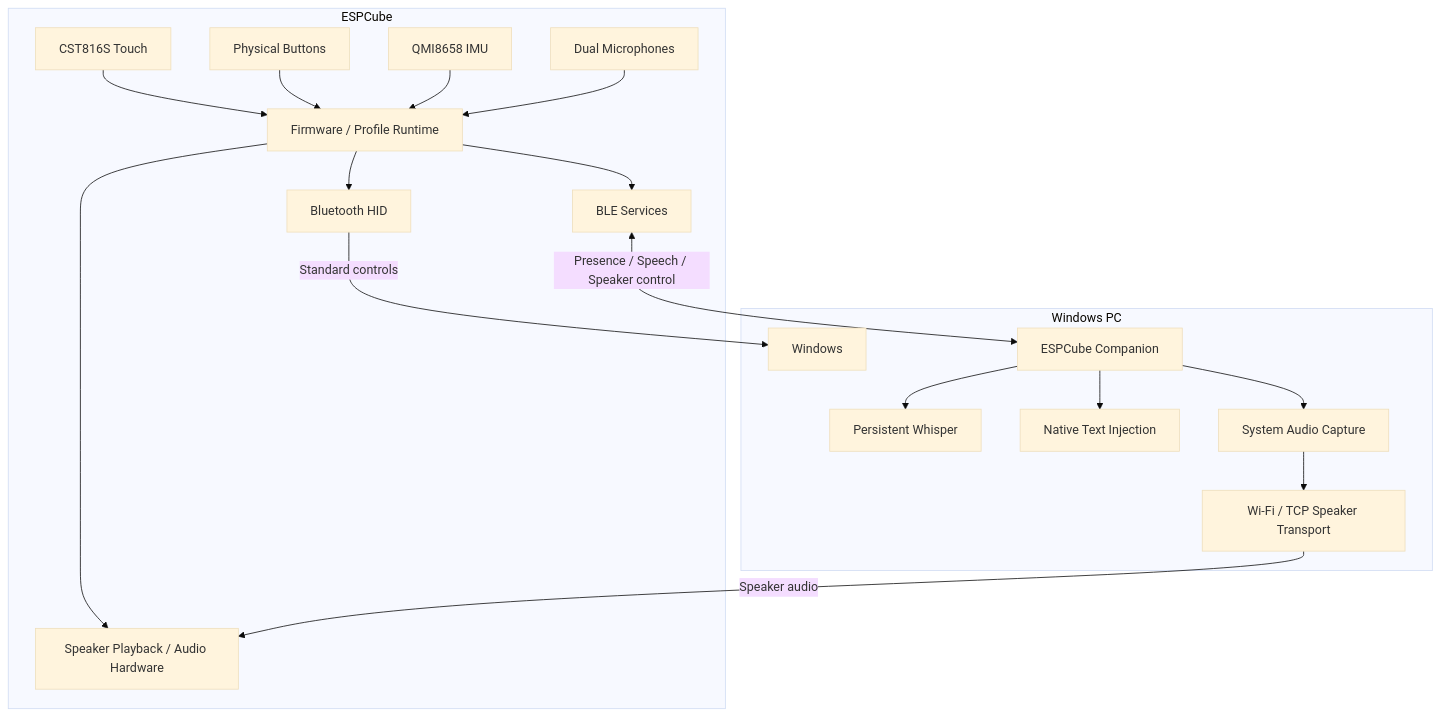
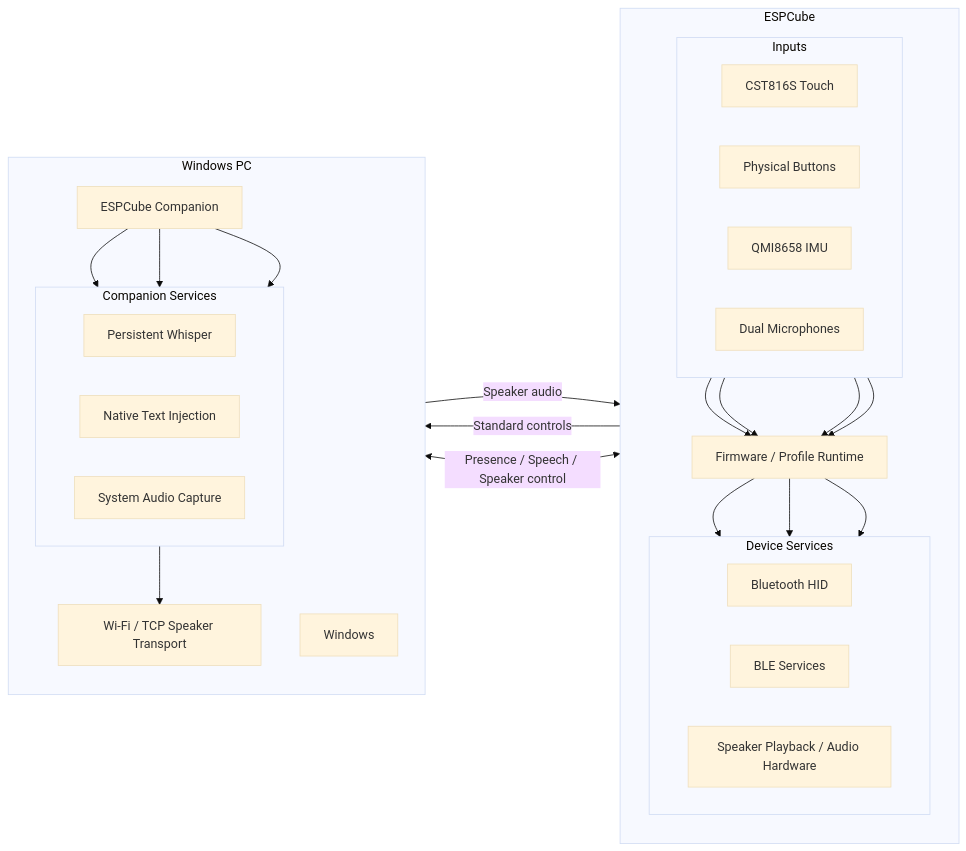
The third of 5 diagrams in README.md (hasan-bukhari-dev/ESPCube), drawn with Mermaid (base theme) before and after one commit.

````diff
--- a/README.md
+++ b/README.md
@@ -211,41 +211,60 @@
 ```mermaid
-flowchart TB
+flowchart LR
+
     subgraph CUBE["ESPCube"]
-        TOUCH["CST816S Touch"]
-        BUTTONS["Physical Buttons"]
-        IMU["QMI8658 IMU"]
-        MICS["Dual Microphones"]
+        direction TB
+
+        subgraph INPUTS["Inputs"]
+            direction LR
+            TOUCH["CST816S Touch"]
+            BUTTONS["Physical Buttons"]
+            IMU["QMI8658 IMU"]
+            MICS["Dual Microphones"]
+        end
 
         FW["Firmware / Profile Runtime"]
-        HID["Bluetooth HID"]
-        BLE["BLE Services"]
-        AUDIO["Speaker Playback / Audio Hardware"]
+
+        subgraph DEVICE_PATHS["Device Services"]
+            direction LR
+            HID["Bluetooth HID"]
+            BLE["BLE Services"]
+            AUDIO["Speaker Playback / Audio Hardware"]
+        end
 
         TOUCH --> FW
         BUTTONS --> FW
         IMU --> FW
         MICS --> FW
 
         FW --> HID
         FW --> BLE
         FW --> AUDIO
     end
 
+
     subgraph PC["Windows PC"]
+        direction TB
+
         WINDOWS["Windows"]
         COMP["ESPCube Companion"]
-        WHISPER["Persistent Whisper"]
-        INPUT["Native Text Injection"]
-        CAPTURE["System Audio Capture"]
+
+        subgraph HOST_SERVICES["Companion Services"]
+            direction LR
+            WHISPER["Persistent Whisper"]
+            INPUT["Native Text Injection"]
+            CAPTURE["System Audio Capture"]
+        end
+
         WIFI["Wi-Fi / TCP Speaker Transport"]
 
         COMP --> WHISPER
         COMP --> INPUT
         COMP --> CAPTURE
         CAPTURE --> WIFI
     end
 
+
     HID -->|"Standard controls"| WINDOWS
     BLE <-->|"Presence / Speech / Speaker control"| COMP
     WIFI -->|"Speaker audio"| AUDIO
 ```
````
